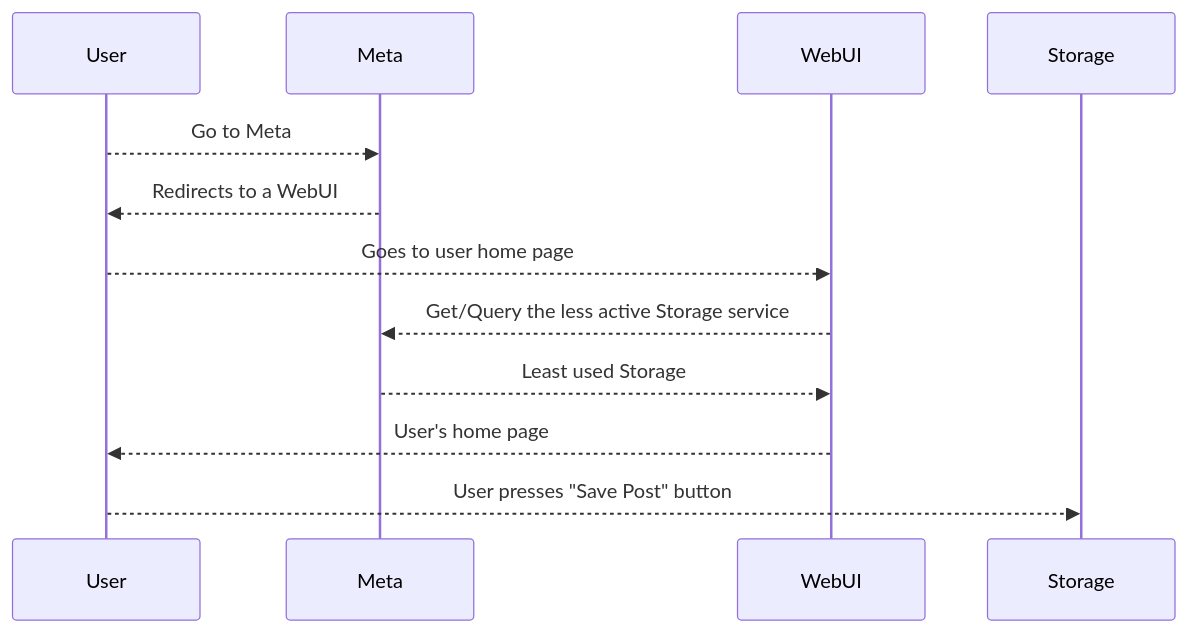
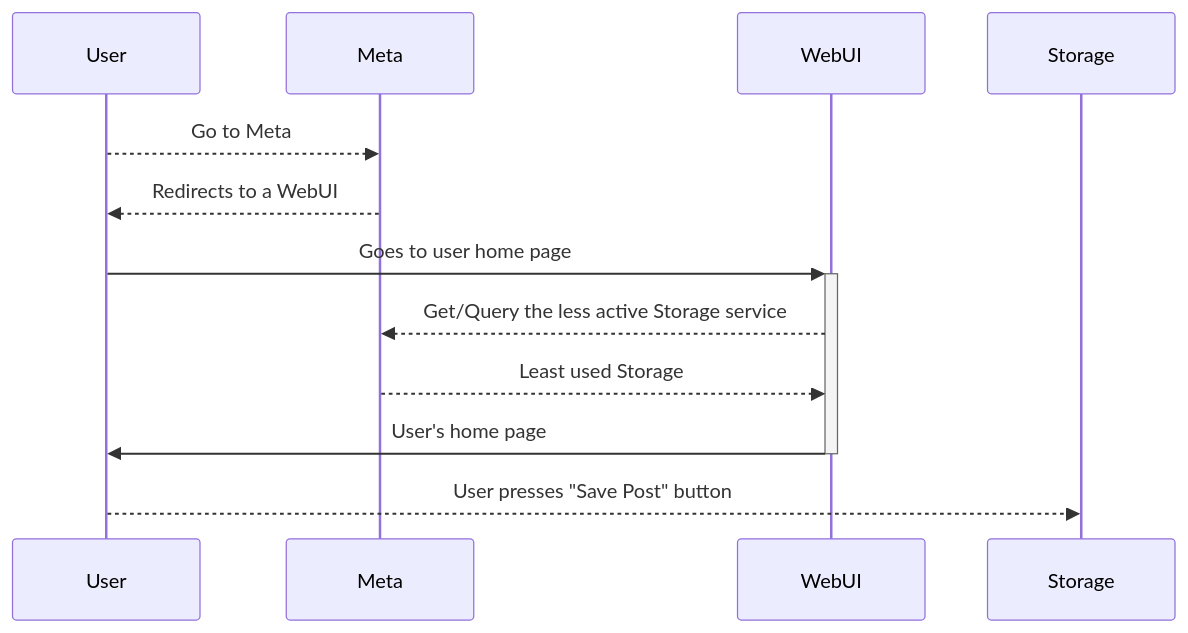
The first of 3 diagrams in Requirements.md (LiamBoz/ClapTrap), drawn with Mermaid before and after one commit.

Commit message:
ClapTrapUpdates

````diff
--- a/Requirements.md
+++ b/Requirements.md
@@ -68,14 +68,15 @@
 ```mermaid
 sequenceDiagram
   User-->>Meta: Go to Meta
   Meta-->>User: Redirects to a WebUI
-  User-->>WebUI: Goes to user home page
+
+  User->>+WebUI: Goes to user home page
 
   WebUI-->>Meta: Get/Query the less active Storage service
   Meta-->>WebUI: Least used Storage
 
-  WebUI-->>User: User's home page
+  WebUI->>-User: User's home page
 
   User-->>Storage: User presses "Save Post" button
 
 ```
````
